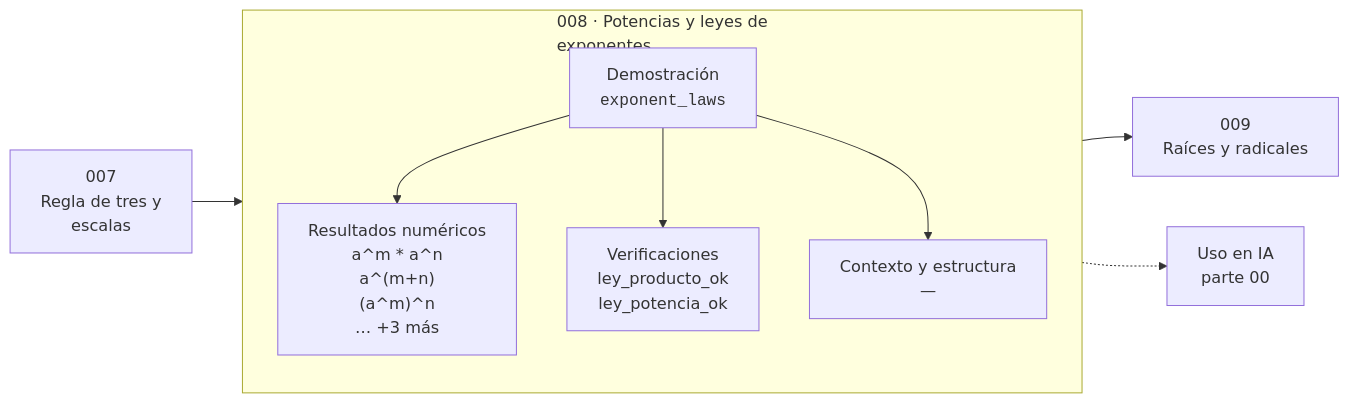
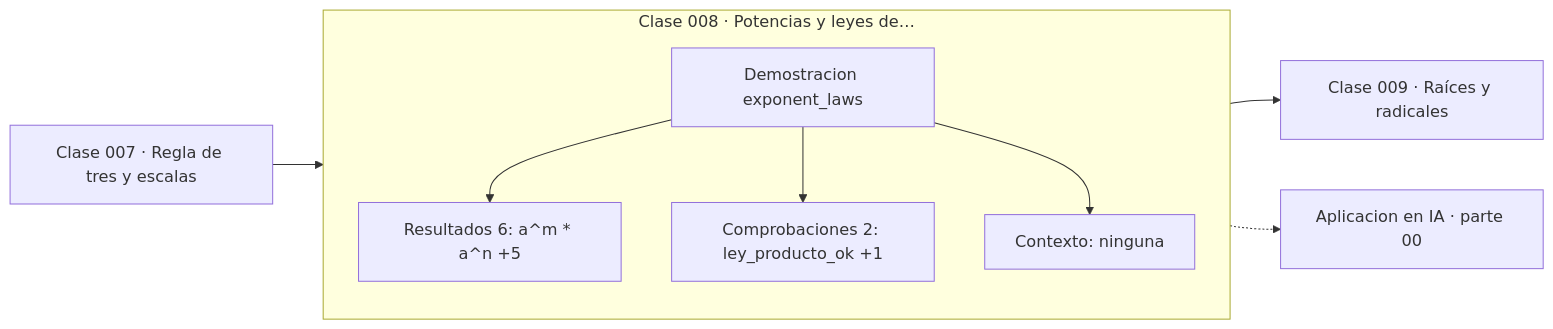
The diagram in classes/part-00-pensamiento-matematico-desde-cero/008-potencias-y-leyes-de-exponentes/README.md (vladimiracunadev-create/computational-mathematics-program), drawn with Mermaid before and after one commit. The commit also changed 389 other files, not shown here.

First line of the commit message:
fix(diagramas): elimina el HTML de las etiquetas Mermaid

````diff
--- a/classes/part-00-pensamiento-matematico-desde-cero/008-potencias-y-leyes-de-exponentes/README.md
+++ b/classes/part-00-pensamiento-matematico-desde-cero/008-potencias-y-leyes-de-exponentes/README.md
@@ -36,12 +36,13 @@
 ```mermaid
 flowchart LR
-    P["007<br/>Regla de tres y<br/>escalas"] --> C
-    subgraph C["008 · Potencias y leyes de<br/>exponentes"]
+    P["Clase 007 · Regla de tres y escalas"] --> D
+    subgraph CLASE["Clase 008 · Potencias y leyes de…"]
         direction TB
-        D["Demostración<br/><code>exponent_laws</code>"] --> R["Resultados numéricos<br/>a^m * a^n<br/>a^(m+n)<br/>(a^m)^n<br/>… +3 más"]
-        D --> V["Verificaciones<br/>ley_producto_ok<br/>ley_potencia_ok"]
-        D --> O["Contexto y estructura<br/>—"]
+        D["Demostracion exponent_laws"]
+        D --> R["Resultados 6: a^m * a^n +5"]
+        D --> V["Comprobaciones 2: ley_producto_ok +1"]
+        D --> O["Contexto: ninguna"]
     end
-    C --> N["009<br/>Raíces y radicales"]
-    C -.-> IA["Uso en IA<br/>parte 00"]
+    R --> N["Clase 009 · Raíces y radicales"]
+    V -.-> IA["Aplicacion en IA · parte 00"]
 ```
````
